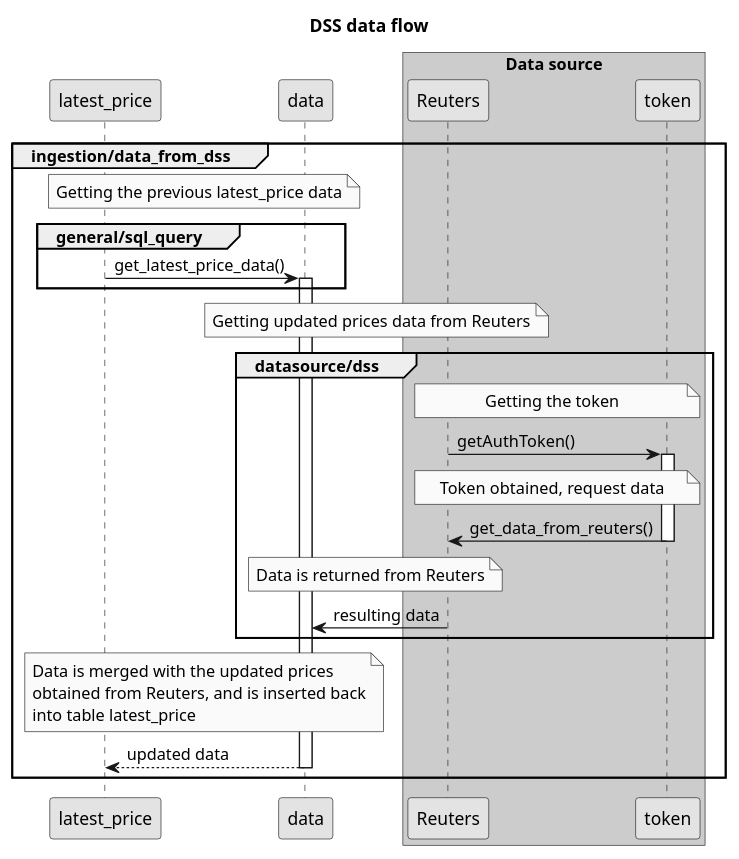
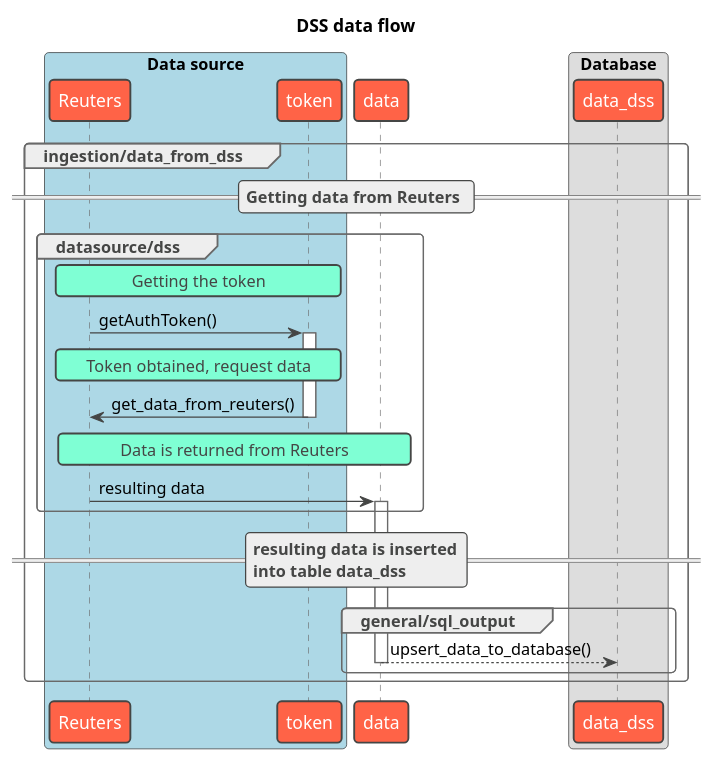
One commit to asklora/DROID_V2.1 changed the diagram in docs/dss_flow.wsd. Above: the diagram before and after it, drawn with PlantUML. The commit also changed 3 other files, not shown here.

Commit message:
update dss flow, add dsws flow

```diff
--- a/docs/dss_flow.wsd
+++ b/docs/dss_flow.wsd
@@ -1,58 +1,53 @@
 @startuml dss
 
 title "DSS data flow"
 
-skinparam monochrome true
+!theme vibrant
 
-participant latest_price
-participant data
+skinparam shadowing false
+skinparam defaultFontName Ubuntu
+
 box "Data source" #LightBlue
 participant Reuters
 participant token
 end box
+participant data
+box "Database"
+participant data_dss
 
 group ingestion/data_from_dss
-    note over data, latest_price
-    Getting the previous latest_price data
-    end note
-    group general/sql_query
-        latest_price->data : get_latest_price_data()
-        activate data
-    end
-
-    note over Reuters, data
-    Getting updated prices data from Reuters
-    end note
+    == Getting data from Reuters ==
 
     group datasource/dss
-        note over Reuters, token
+        rnote over Reuters, token
         Getting the token
         end note
 
         Reuters -> token : getAuthToken()
         activate token
 
-        note over Reuters, token
+        rnote over Reuters, token
         Token obtained, request data
         end note
 
         token -> Reuters : get_data_from_reuters()
         deactivate token
 
-        note over Reuters, data
+        rnote over Reuters, data
         Data is returned from Reuters
         end note
 
         Reuters -> data : resulting data
+        activate data
     end
 
-    note over data, latest_price
-    Data is merged with the updated prices
-    obtained from Reuters, and is inserted back
-    into table latest_price
-    end note
+    == resulting data is inserted\ninto table data_dss ==
 
-    return updated data
+    group general/sql_output
+        data --> data_dss : upsert_data_to_database()
+        deactivate data
+    end
+
 end
 
 @enduml
```
